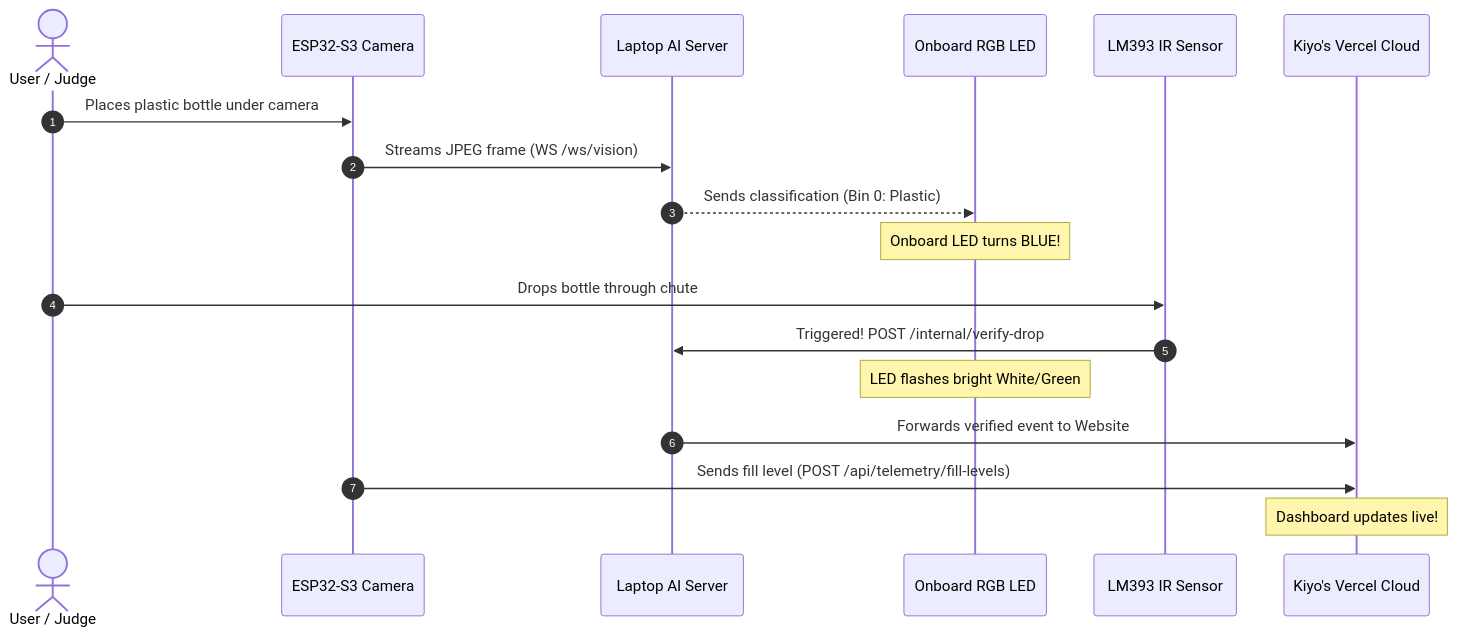
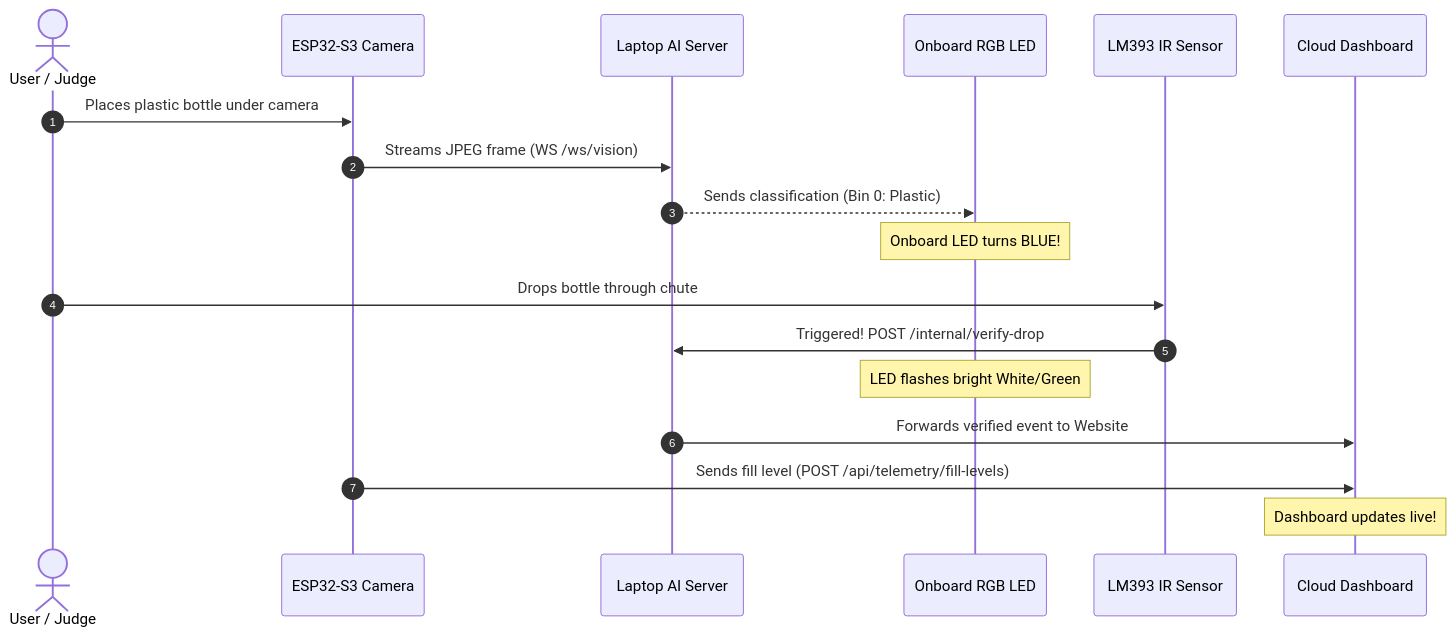
Before and after one commit to SortSense/SortSense-Hardware: the diagram in SETUP.md, drawn with Mermaid. The commit also changed other lines of this file and 6 other files, not shown here.

````diff
--- a/SETUP.md
+++ b/SETUP.md
@@ -245,21 +245,21 @@
 ```mermaid
 sequenceDiagram
     autonumber
     actor Judge as User / Judge
     participant Cam as ESP32-S3 Camera
     participant Server as Laptop AI Server
     participant LED as Onboard RGB LED
     participant IR as LM393 IR Sensor
-    participant Cloud as Kiyo's Vercel Cloud
+    participant Cloud as Cloud Dashboard
 
     Judge->>Cam: Places plastic bottle under camera
     Cam->>Server: Streams JPEG frame (WS /ws/vision)
     Server-->>LED: Sends classification (Bin 0: Plastic)
     Note over LED: Onboard LED turns BLUE!
     Judge->>IR: Drops bottle through chute
     IR->>Server: Triggered! POST /internal/verify-drop
     Note over LED: LED flashes bright White/Green
     Server->>Cloud: Forwards verified event to Website
     Cam->>Cloud: Sends fill level (POST /api/telemetry/fill-levels)
     Note over Cloud: Dashboard updates live!
 ```
````
